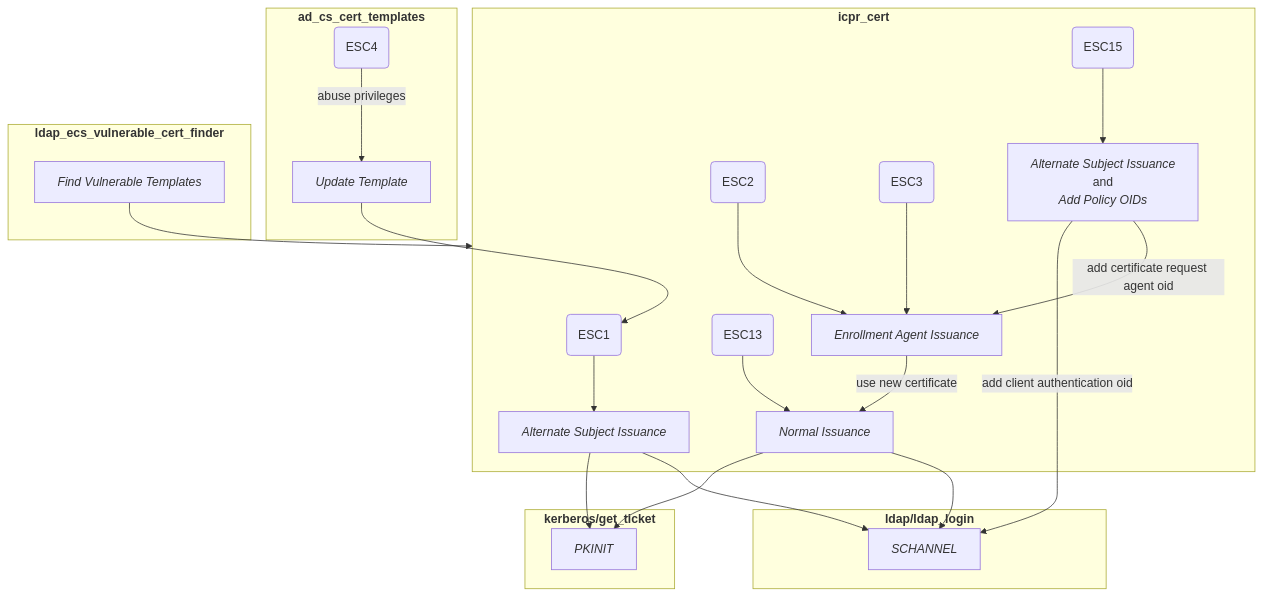
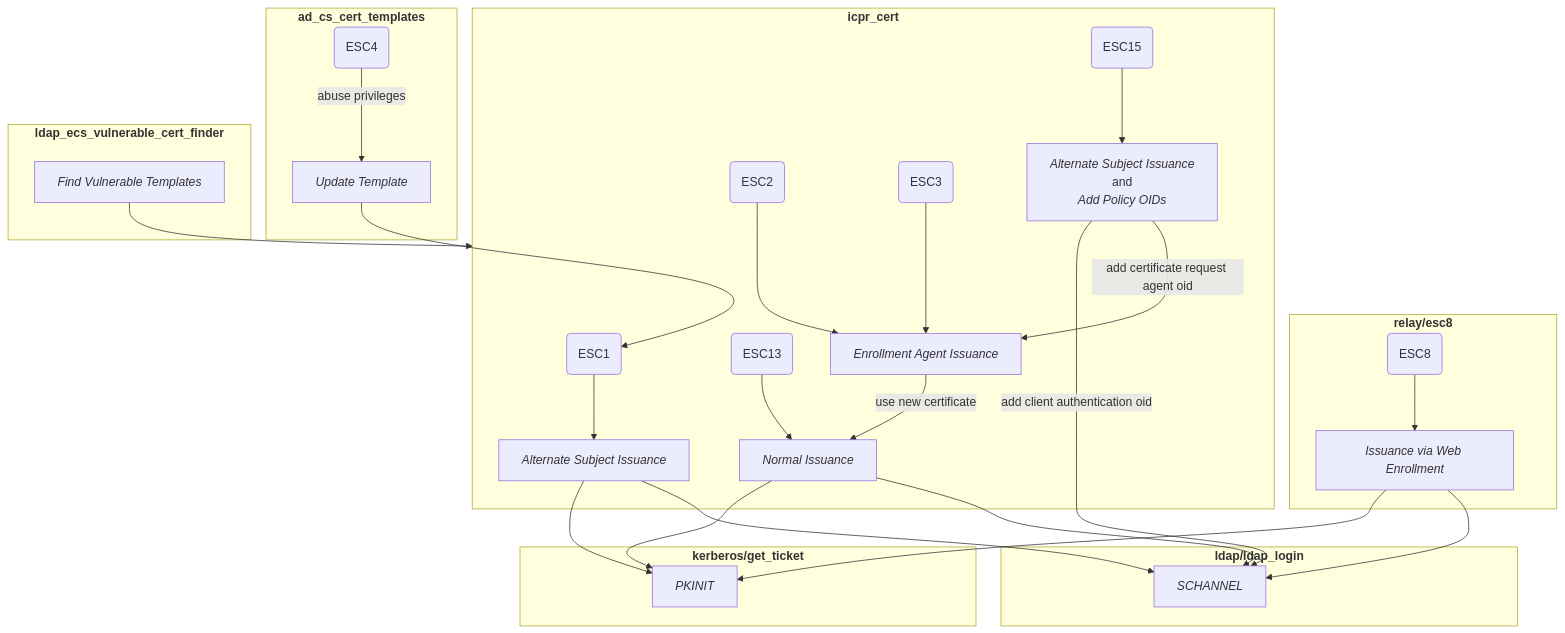
Before and after one commit to rapid7/metasploit-framework: the first of 2 diagrams in docs/metasploit-framework.wiki/ad-certificates/Attacking-AD-CS-ESC-Vulnerabilities.md, drawn with Mermaid. The commit also changed other lines of this file and 4 other files, not shown here.

````diff
--- a/docs/metasploit-framework.wiki/ad-certificates/Attacking-AD-CS-ESC-Vulnerabilities.md
+++ b/docs/metasploit-framework.wiki/ad-certificates/Attacking-AD-CS-ESC-Vulnerabilities.md
@@ -6,43 +6,49 @@
 ```mermaid
 flowchart TD
     subgraph ad_cs_cert_templates[<b>ad_cs_cert_templates</b>]
         ESC4(ESC4)
         update_template[<i>Update Template</i>]
         ESC4 -- abuse privileges --> update_template
+    end
+    subgraph relay/esc8[<b>relay/esc8</b>]
+        ESC8(ESC8)
+        ESC8 --> web_enrollment[<i>Issuance via Web Enrollment</i>]
     end
     subgraph icpr_cert[<b>icpr_cert</b>]
         ESC1(ESC1)
         ESC2(ESC2)
         ESC3(ESC3)
         ESC13(ESC13)
         ESC15(ESC15)
         alt_subject[<i>Alternate Subject Issuance</i>]
         add_policies[<i>Alternate Subject Issuance</i><br>and<br><i>Add Policy OIDs</i>]
         as_eagent[<i>Enrollment Agent Issuance</i>]
         normal[<i>Normal Issuance</i>]
 
         ESC1 --> alt_subject
         ESC2 --> as_eagent
         ESC3 --> as_eagent
         ESC13 --> normal
         ESC15 --> add_policies
         as_eagent -- use new certificate --> normal
     end
     subgraph kerberos/get_ticket[<b>kerberos/get_ticket</b>]
         PKINIT[<i>PKINIT</i>]
     end
     subgraph ldap/ldap_login[<b>ldap/ldap_login</b>]
         SCHANNEL[<i>SCHANNEL</i>]
     end
     subgraph ldap_esc_vulnerable_cert_finder[<b>ldap_ecs_vulnerable_cert_finder</b>]
         find_vulnerable_templates[<i>Find Vulnerable Templates</i>]
     end
     add_policies -- add client authentication oid --> SCHANNEL
     add_policies -- add certificate request agent oid --> as_eagent
     alt_subject --> PKINIT
     alt_subject --> SCHANNEL
     find_vulnerable_templates --> icpr_cert
     normal --> PKINIT
     normal --> SCHANNEL
     update_template --> ESC1
+    web_enrollment --> PKINIT
+    web_enrollment --> SCHANNEL
 ```
````
